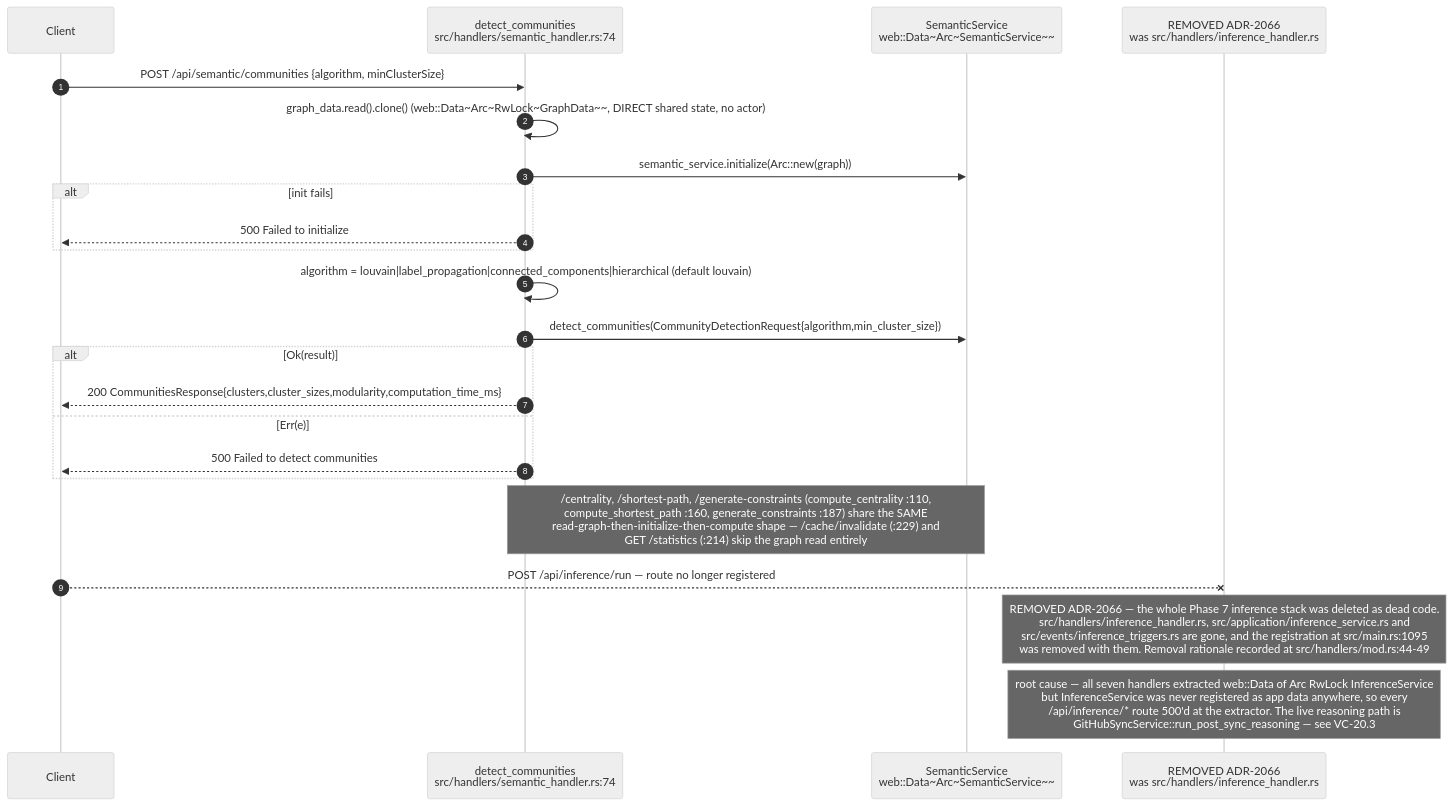
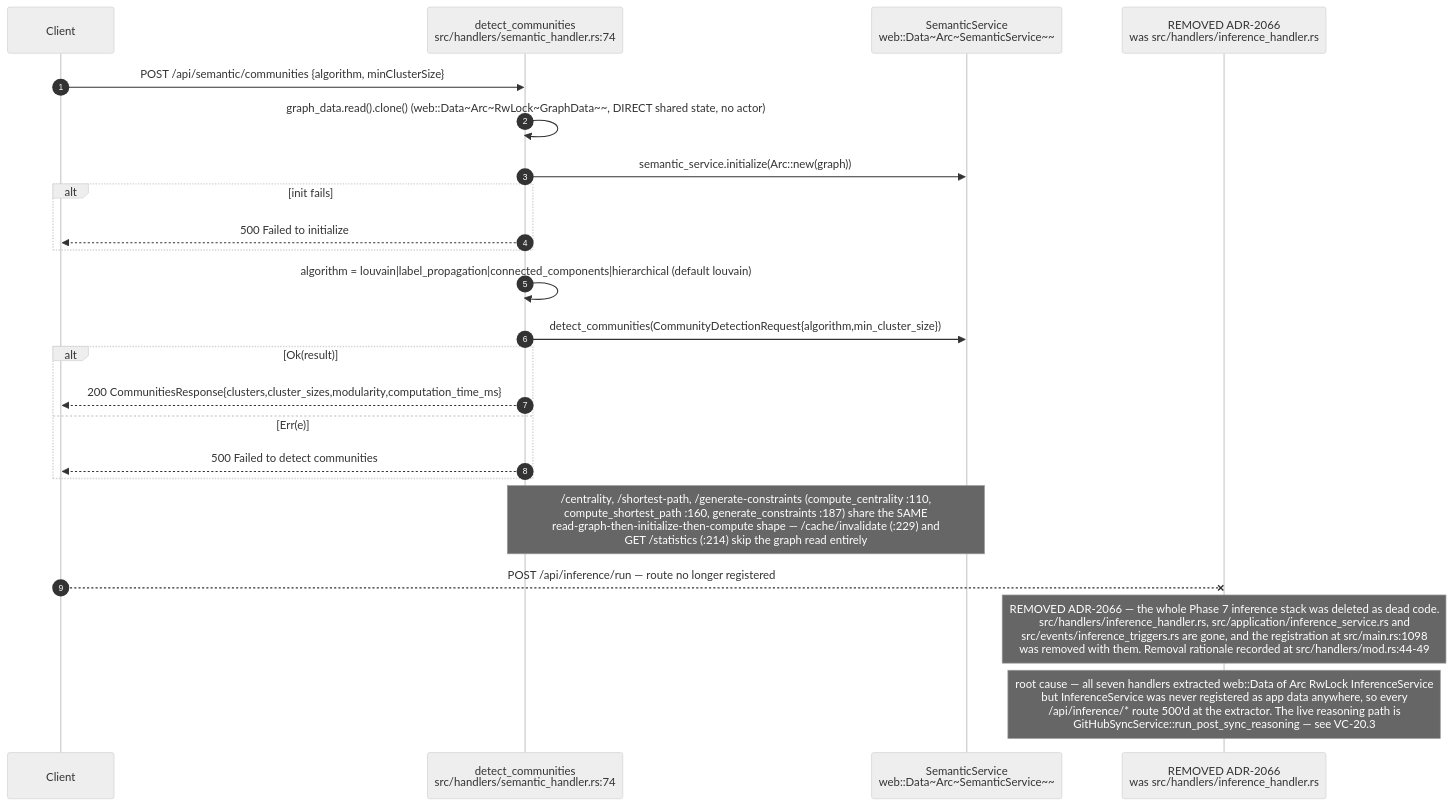
Before and after one commit to DreamLab-AI/AR-AI-Knowledge-Graph: diagram 22 of 29 in docs/diagrams/visionclaw/04-handlers-graph-and-state.md, drawn with Mermaid (neutral theme). The commit also changed other lines of this file and 73 other files, not shown here.

First line of the commit message:
docs(diagrams): re-verify all 71 topic files against HEAD; add --cite-check

````diff
--- a/docs/diagrams/visionclaw/04-handlers-graph-and-state.md
+++ b/docs/diagrams/visionclaw/04-handlers-graph-and-state.md
@@ -968,27 +968,27 @@
 ```mermaid
 sequenceDiagram
     autonumber
     participant C as Client
     participant DC as detect_communities<br/>src/handlers/semantic_handler.rs:74
     participant SEM as SemanticService<br/>web::Data~Arc~SemanticService~~
     participant RI as REMOVED ADR-2066<br/>was src/handlers/inference_handler.rs
 
     C->>DC: POST /api/semantic/communities {algorithm, minClusterSize}
     DC->>DC: graph_data.read().clone() (web::Data~Arc~RwLock~GraphData~~, DIRECT shared state, no actor)
     DC->>SEM: semantic_service.initialize(Arc::new(graph))
     alt init fails
         DC-->>C: 500 Failed to initialize
     end
     DC->>DC: algorithm = louvain|label_propagation|connected_components|hierarchical (default louvain)
     DC->>SEM: detect_communities(CommunityDetectionRequest{algorithm,min_cluster_size})
     alt Ok(result)
         DC-->>C: 200 CommunitiesResponse{clusters,cluster_sizes,modularity,computation_time_ms}
     else Err(e)
         DC-->>C: 500 Failed to detect communities
     end
     Note over DC,SEM: /centrality, /shortest-path, /generate-constraints (compute_centrality :110,<br/>compute_shortest_path :160, generate_constraints :187) share the SAME<br/>read-graph-then-initialize-then-compute shape — /cache/invalidate (:229) and<br/>GET /statistics (:214) skip the graph read entirely
 
 C--xRI: POST /api/inference/run — route no longer registered
-    Note over RI: REMOVED ADR-2066 — the whole Phase 7 inference stack was deleted as dead code.<br/>src/handlers/inference_handler.rs, src/application/inference_service.rs and<br/>src/events/inference_triggers.rs are gone, and the registration at src/main.rs:1095<br/>was removed with them. Removal rationale recorded at src/handlers/mod.rs:44-49
+    Note over RI: REMOVED ADR-2066 — the whole Phase 7 inference stack was deleted as dead code.<br/>src/handlers/inference_handler.rs, src/application/inference_service.rs and<br/>src/events/inference_triggers.rs are gone, and the registration at src/main.rs:1098<br/>was removed with them. Removal rationale recorded at src/handlers/mod.rs:44-49
     Note over RI: root cause — all seven handlers extracted web::Data of Arc RwLock InferenceService<br/>but InferenceService was never registered as app data anywhere, so every<br/>/api/inference/* route 500'd at the extractor. The live reasoning path is<br/>GitHubSyncService::run_post_sync_reasoning — see VC-20.3
 ```
````
